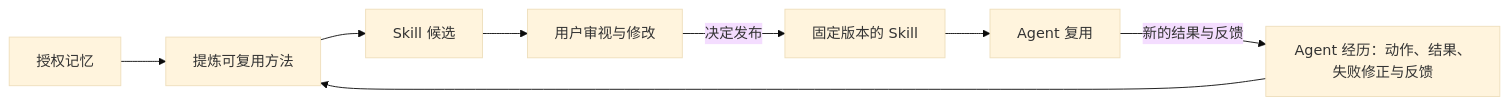
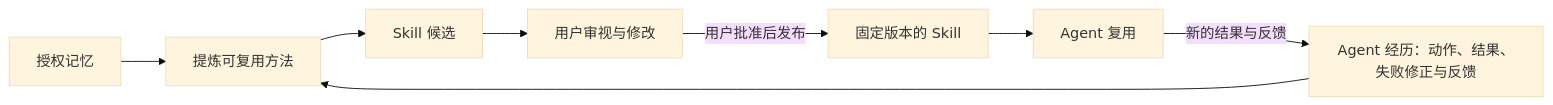
The second of 2 diagrams in docs/superpowers/specs/2026-11-16-agent-data-foundation-architecture.md (TheLudlows/Origence), drawn with Mermaid (base theme) before and after one commit. The commit also changed other lines of this file and 5 other files, not shown here.

````diff
--- a/docs/superpowers/specs/2026-11-16-agent-data-foundation-architecture.md
+++ b/docs/superpowers/specs/2026-11-16-agent-data-foundation-architecture.md
@@ -86,10 +87,10 @@
 ```mermaid
 flowchart LR
     M[授权记忆] --> D[提炼可复用方法]
     E[Agent 经历：动作、结果、失败修正与反馈] --> D
     D --> P[Skill 候选]
     P --> U[用户审视与修改]
-    U -->|决定发布| S[固定版本的 Skill]
+    U -->|用户批准后发布| S[固定版本的 Skill]
     S --> A[Agent 复用]
     A -->|新的结果与反馈| E
 ```
````
